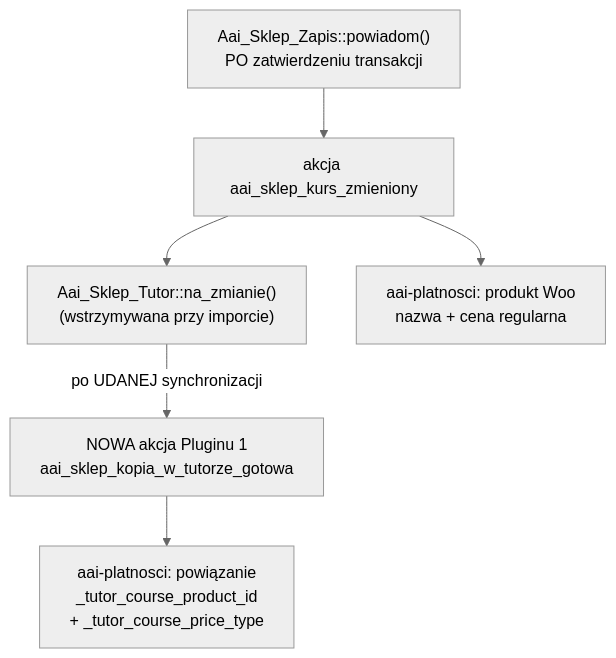
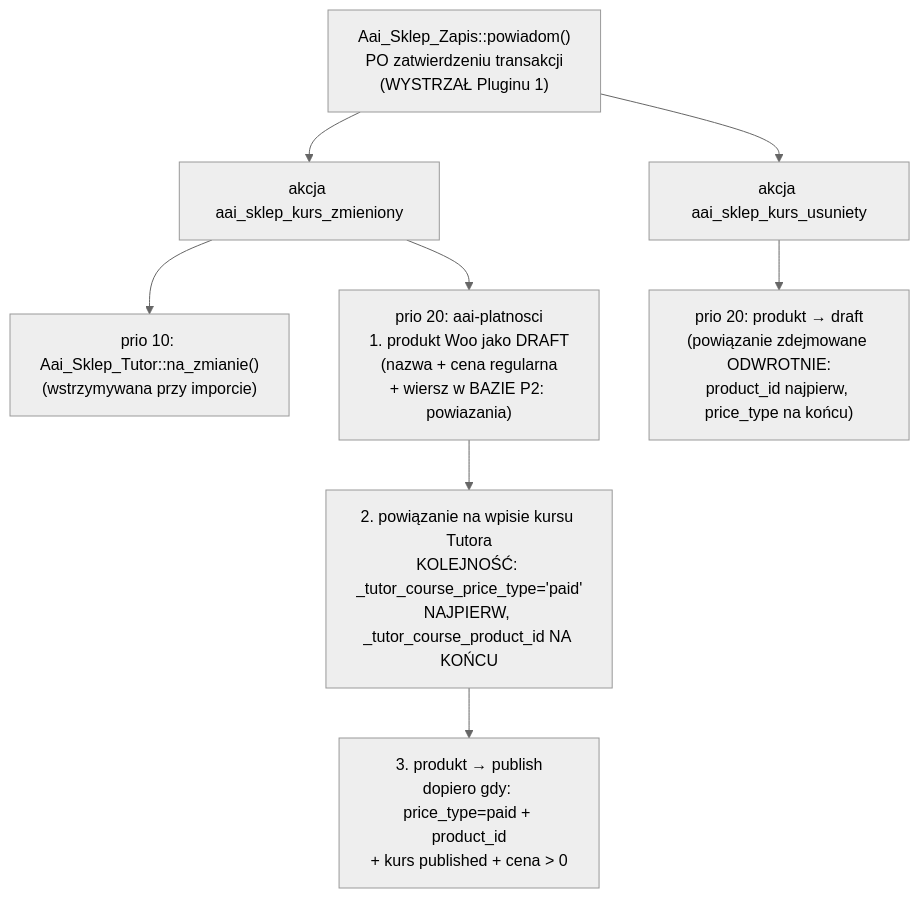
The fourth of 4 diagrams in docs/plugin-2/DIAGRAM.md (krzysiek2115op/aai-platforma-szkolen), drawn with Mermaid (neutral theme) before and after one commit. The commit also changed other lines of this file, not shown here.

First line of the commit message:
Schemat Pluginu 2 mówi jednym głosem po wprowadzeniu całej krytyki

````diff
--- a/docs/plugin-2/DIAGRAM.md
+++ b/docs/plugin-2/DIAGRAM.md
@@ -157,15 +350,17 @@
 ```mermaid
 flowchart TD
-    Z["Aai_Sklep_Zapis::powiadom()<br/>PO zatwierdzeniu transakcji"]
+    Z["Aai_Sklep_Zapis::powiadom()<br/>PO zatwierdzeniu transakcji<br/>(WYSTRZAŁ Pluginu 1)"]
     A1["akcja aai_sklep_kurs_zmieniony"]
-    T1["Aai_Sklep_Tutor::na_zmianie()<br/>(wstrzymywana przy imporcie)"]
-    T2["NOWA akcja Pluginu 1<br/>aai_sklep_kopia_w_tutorze_gotowa"]
-    P1["aai-platnosci: produkt Woo<br/>nazwa + cena regularna"]
-    P2["aai-platnosci: powiązanie<br/>_tutor_course_product_id<br/>+ _tutor_course_price_type"]
+    A2["akcja aai_sklep_kurs_usuniety"]
+    T1["prio 10: Aai_Sklep_Tutor::na_zmianie()<br/>(wstrzymywana przy imporcie)"]
+    P1["prio 20: aai-platnosci<br/>1. produkt Woo jako DRAFT<br/>(nazwa + cena regularna<br/>+ wiersz w BAZIE P2: powiazania)"]
+    P2["2. powiązanie na wpisie kursu Tutora<br/>KOLEJNOŚĆ: _tutor_course_price_type='paid'<br/>NAJPIERW, _tutor_course_product_id NA KOŃCU"]
+    P3["3. produkt → publish<br/>dopiero gdy: price_type=paid + product_id<br/>+ kurs published + cena > 0"]
+    U1["prio 20: produkt → draft<br/>(powiązanie zdejmowane ODWROTNIE:<br/>product_id najpierw, price_type na końcu)"]
 
     Z --> A1
+    Z --> A2
     A1 --> T1
-    A1 --> P1
-    T1 -->|"po UDANEJ synchronizacji"| T2
-    T2 --> P2
+    A1 --> P1 --> P2 --> P3
+    A2 --> U1
 ```
````
